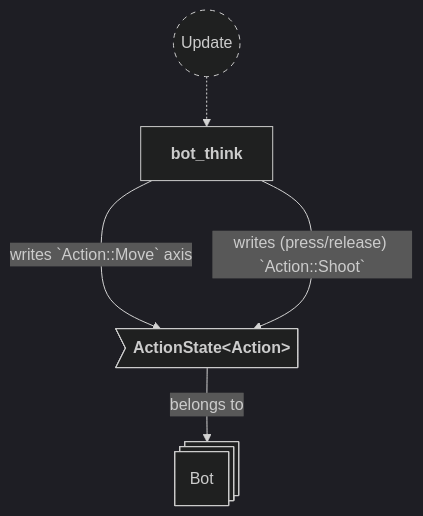
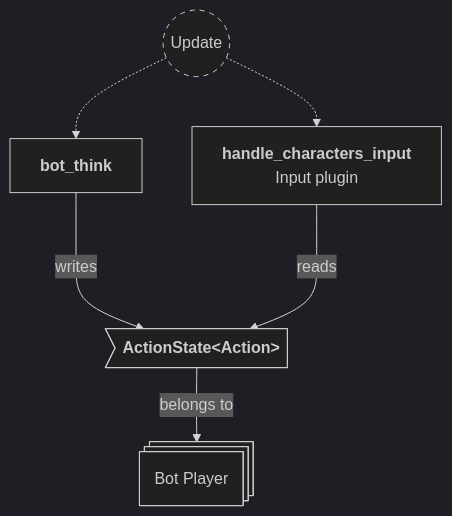
One commit to neurosoup/tyled changed the ninth of 10 diagrams in backlog/docs/doc-20 - 018-Bot-plugin.md. Above: the diagram before and after it, drawn with Mermaid. The commit also changed other lines of this file, not shown here.

Commit message:
Docs: update doc-20 bot plugin to code and simplify text

````diff
--- a/backlog/docs/doc-20 - 018-Bot-plugin.md
+++ b/backlog/docs/doc-20 - 018-Bot-plugin.md
@@ -338,21 +362,24 @@
 ```mermaid
 ---
 config:
   theme: dark
 ---
 
 flowchart TD
 classDef system-group stroke-dasharray: 5 5
 
 update(("`Update`")):::system-group
 bot_think["`**bot_think**`"]
+handle_characters_input["`**handle_characters_input**
+Input plugin`"]
 
 update -.-> bot_think
+update -.-> handle_characters_input
 
-bot_entity@{ shape: st-rect, label: "Bot" }
+bot_entity@{ shape: st-rect, label: "Bot Player" }
 
 be_action_state>"`**ActionState#60;Action#62;**`"] --> |belongs to| bot_entity
 
-bot_think ---> |writes `Action::Move` axis| be_action_state
-bot_think ---> |"writes (press/release) `Action::Shoot`"| be_action_state
+bot_think ---> |writes| be_action_state
+handle_characters_input ---> |reads| be_action_state
 ```
````
